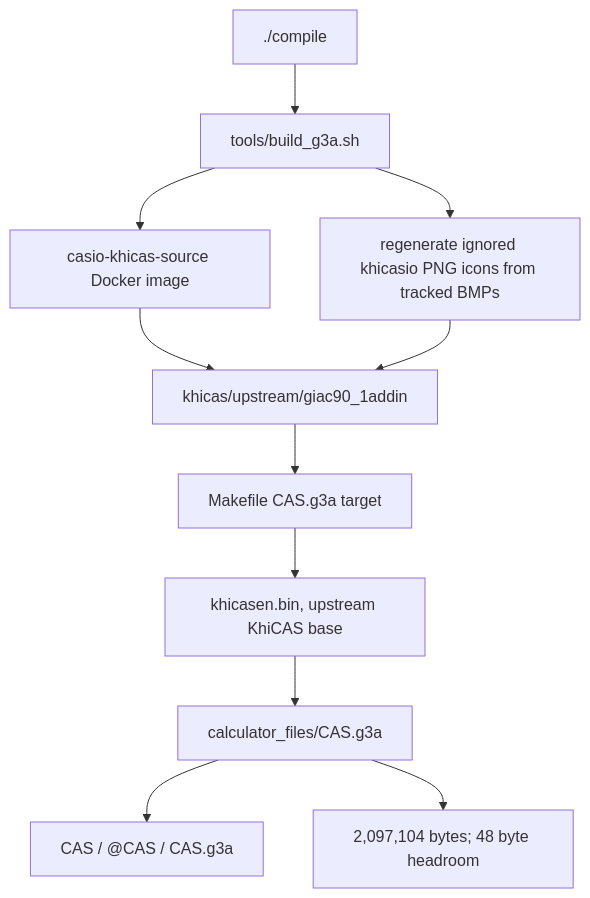
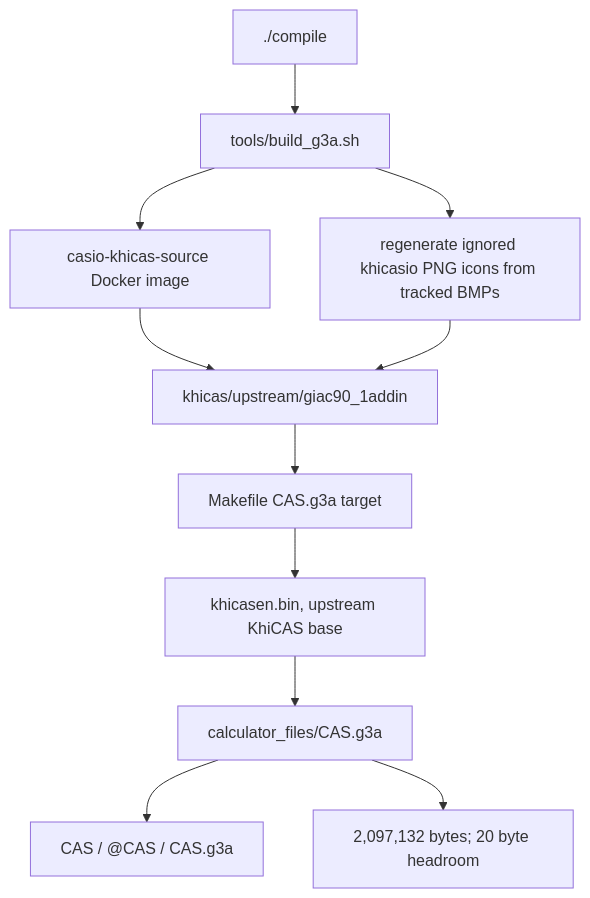
One commit to james8464/notes-addin-casio-fx-cg50 changed the first of 6 diagrams in docs/GRAPH.md. Above: the diagram before and after it, drawn with Mermaid. The commit also changed other lines of this file and 3 other files, not shown here.

````diff
--- a/docs/GRAPH.md
+++ b/docs/GRAPH.md
@@ -7,13 +7,13 @@
 ```mermaid
 graph TD
   Compile["./compile"] --> Build["tools/build_g3a.sh"]
   Build --> Docker["casio-khicas-source Docker image"]
   Docker --> Src["khicas/upstream/giac90_1addin"]
   Build --> Icons["regenerate ignored khicasio PNG icons from tracked BMPs"]
   Icons --> Src
   Src --> Make["Makefile CAS.g3a target"]
   Make --> Bin["khicasen.bin, upstream KhiCAS base"]
   Bin --> G3A["calculator_files/CAS.g3a"]
   G3A --> Meta["CAS / @CAS / CAS.g3a"]
-  G3A --> Size["2,097,104 bytes; 48 byte headroom"]
+  G3A --> Size["2,097,132 bytes; 20 byte headroom"]
 ```
````
